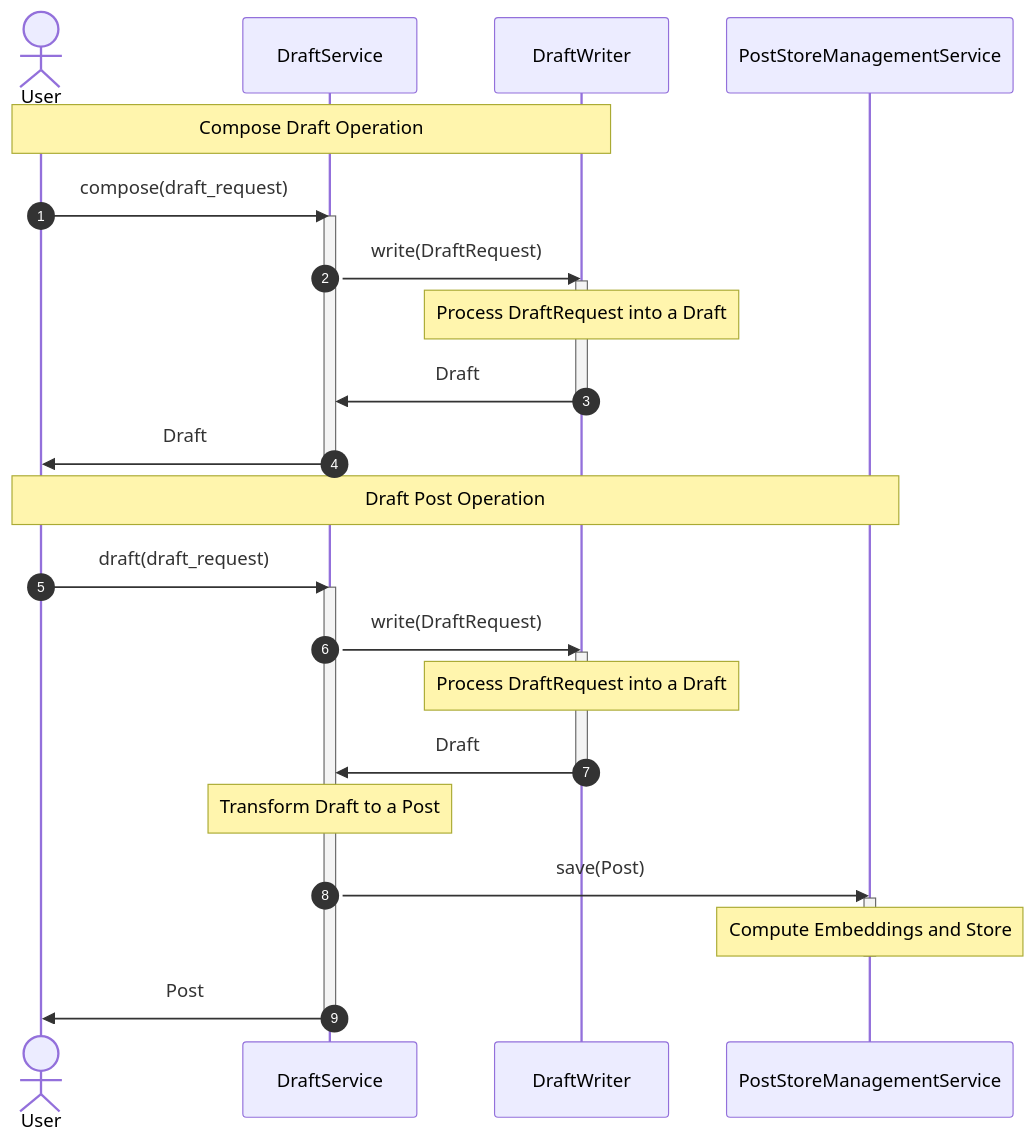
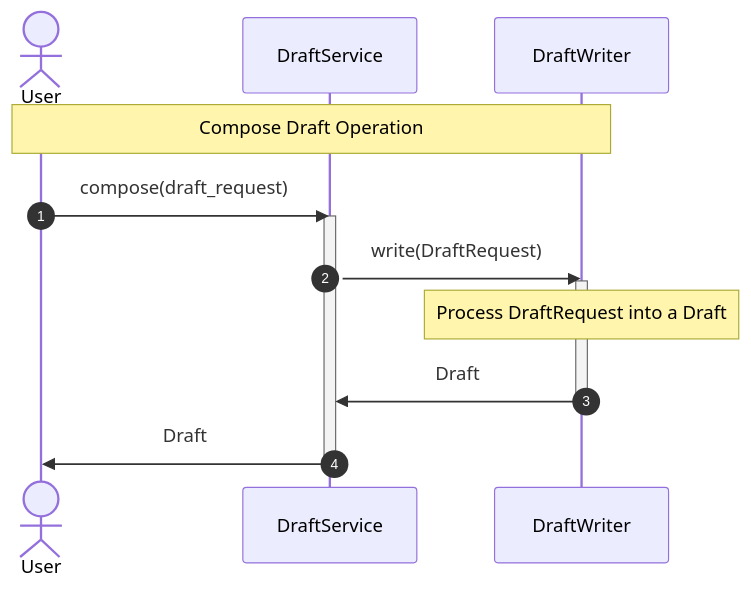
Before and after one commit to ADarko22/linkedin-idea-to-post: the second of 2 diagrams in src/linkedin_idea_to_post/use_case/drafting/README.md, drawn with Mermaid. The commit also changed 6 other files, not shown here.

Commit message:
Simplify DraftService by removing Post creation logic and storing

````diff
--- a/src/linkedin_idea_to_post/use_case/drafting/README.md
+++ b/src/linkedin_idea_to_post/use_case/drafting/README.md
@@ -54,33 +54,17 @@
 ```mermaid
 sequenceDiagram
     autonumber
     actor User
     participant Drafter as DraftService
     participant Writer as DraftWriter
-    participant Store as PostStoreManagementService
     Note over User, Writer: Compose Draft Operation
     User ->> Drafter: compose(draft_request)
     activate Drafter
     Drafter ->> Writer: write(DraftRequest)
     activate Writer
     Note over Writer: Process DraftRequest into a Draft
     Writer ->> Drafter: Draft
     deactivate Writer
     Drafter ->> User: Draft
     deactivate Drafter
-    Note over User, Store: Draft Post Operation
-    User ->> Drafter: draft(draft_request)
-    activate Drafter
-    Drafter ->> Writer: write(DraftRequest)
-    activate Writer
-    Note over Writer: Process DraftRequest into a Draft
-    Writer ->> Drafter: Draft
-    deactivate Writer
-    Note over Drafter: Transform Draft to a Post
-    Drafter ->> Store: save(Post)
-    activate Store
-    Note over Store: Compute Embeddings and Store
-    deactivate Store
-    Drafter ->> User: Post
-    deactivate Drafter
 ```
````
